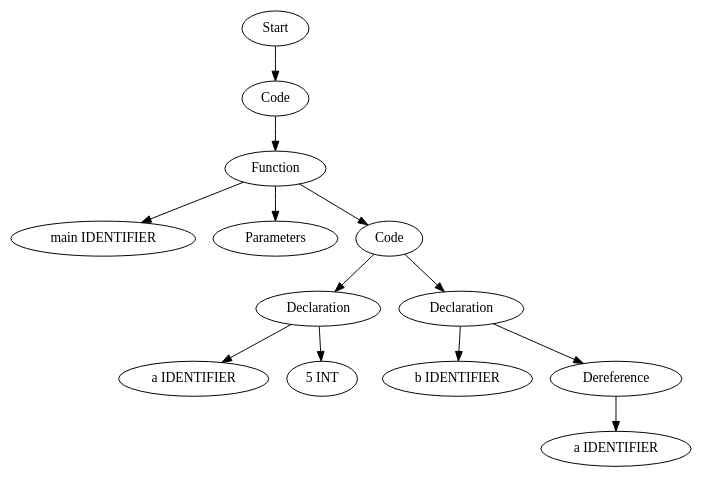
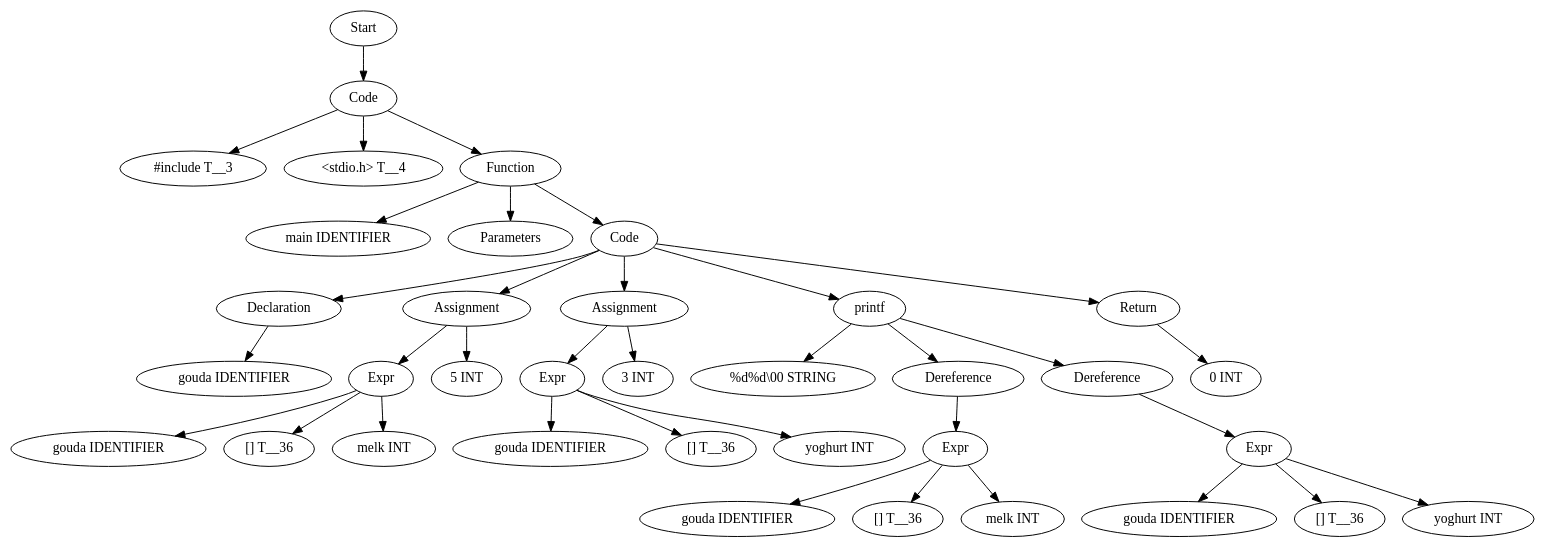
The diagram in TestCases/ASTTests/ConversionTests/createTests/read_file_before.dot (Are-you-listening/Compilers), drawn with Graphviz before and after one commit. The commit also changed 152 other files, not shown here.

```diff
--- a/TestCases/ASTTests/ConversionTests/createTests/read_file_before.dot
+++ b/TestCases/ASTTests/ConversionTests/createTests/read_file_before.dot
@@ -1,27 +1,73 @@
 digraph AST {
-  "129890209713888" [label="Start"];
-  "129890209713888" -> "129890209725888";
-  "129890209725888" [label="Code"];
-  "129890209725888" -> "129890209712208";
-  "129890209712208" [label="Function"];
-  "129890209712208" -> "129890209724592";
-  "129890209712208" -> "129890209725696";
-  "129890209712208" -> "129890209726176";
-  "129890209724592" [label="main IDENTIFIER"];
-  "129890209725696" [label="Parameters"];
-  "129890209726176" [label="Code"];
-  "129890209726176" -> "129890209712736";
-  "129890209726176" -> "129890209712064";
-  "129890209712736" [label="Declaration"];
-  "129890209712736" -> "129890209716144";
-  "129890209712736" -> "129890209713120";
-  "129890209716144" [label="a IDENTIFIER"];
-  "129890209713120" [label="5 INT"];
-  "129890209712064" [label="Declaration"];
-  "129890209712064" -> "129890209716912";
-  "129890209712064" -> "129890209716528";
-  "129890209716912" [label="b IDENTIFIER"];
-  "129890209716528" [label="Dereference"];
-  "129890209716528" -> "129890209713360";
-  "129890209713360" [label="a IDENTIFIER"];
+  "139995272145712" [label="Start"];
+  "139995272145712" -> "139995272148304";
+  "139995272148304" [label="Code"];
+  "139995272148304" -> "139995272148448";
+  "139995272148304" -> "139995272148736";
+  "139995272148304" -> "139995272149792";
+  "139995272148448" [label="#include T__3"];
+  "139995272148736" [label="<stdio.h> T__4"];
+  "139995272149792" [label="Function"];
+  "139995272149792" -> "139995272146000";
+  "139995272149792" -> "139995272149696";
+  "139995272149792" -> "139995272145328";
+  "139995272146000" [label="main IDENTIFIER"];
+  "139995272149696" [label="Parameters"];
+  "139995272145328" [label="Code"];
+  "139995272145328" -> "139995272147776";
+  "139995272145328" -> "139995272143360";
+  "139995272145328" -> "139995272135872";
+  "139995272145328" -> "139995272137504";
+  "139995272145328" -> "139995272147200";
+  "139995272147776" [label="Declaration"];
+  "139995272147776" -> "139995272148976";
+  "139995272148976" [label="gouda IDENTIFIER"];
+  "139995272143360" [label="Assignment"];
+  "139995272143360" -> "139995272148112";
+  "139995272143360" -> "139995272135152";
+  "139995272148112" [label="Expr"];
+  "139995272148112" -> "139995272149216";
+  "139995272148112" -> "139995272142592";
+  "139995272148112" -> "139995272150080";
+  "139995272149216" [label="gouda IDENTIFIER"];
+  "139995272142592" [label="[] T__36"];
+  "139995272150080" [label="melk INT"];
+  "139995272135152" [label="5 INT"];
+  "139995272135872" [label="Assignment"];
+  "139995272135872" -> "139995272141056";
+  "139995272135872" -> "139995272146960";
+  "139995272141056" [label="Expr"];
+  "139995272141056" -> "139995272138464";
+  "139995272141056" -> "139995272142544";
+  "139995272141056" -> "139995272140048";
+  "139995272138464" [label="gouda IDENTIFIER"];
+  "139995272142544" [label="[] T__36"];
+  "139995272140048" [label="yoghurt INT"];
+  "139995272146960" [label="3 INT"];
+  "139995272137504" [label="printf"];
+  "139995272137504" -> "139995272147152";
+  "139995272137504" -> "139995272148688";
+  "139995272137504" -> "139995272148640";
+  "139995272147152" [label="%d%d\\00 STRING"];
+  "139995272148688" [label="Dereference"];
+  "139995272148688" -> "139995272147056";
+  "139995272147056" [label="Expr"];
+  "139995272147056" -> "139995272146288";
+  "139995272147056" -> "139995272149600";
+  "139995272147056" -> "139995272134720";
+  "139995272146288" [label="gouda IDENTIFIER"];
+  "139995272149600" [label="[] T__36"];
+  "139995272134720" [label="melk INT"];
+  "139995272148640" [label="Dereference"];
+  "139995272148640" -> "139995272145856";
+  "139995272145856" [label="Expr"];
+  "139995272145856" -> "139995272141344";
+  "139995272145856" -> "139995272146048";
+  "139995272145856" -> "139995272136928";
+  "139995272141344" [label="gouda IDENTIFIER"];
+  "139995272146048" [label="[] T__36"];
+  "139995272136928" [label="yoghurt INT"];
+  "139995272147200" [label="Return"];
+  "139995272147200" -> "139995272149936";
+  "139995272149936" [label="0 INT"];
 }
```
